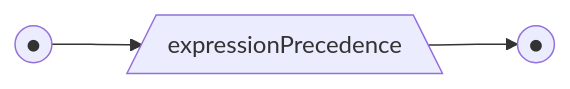
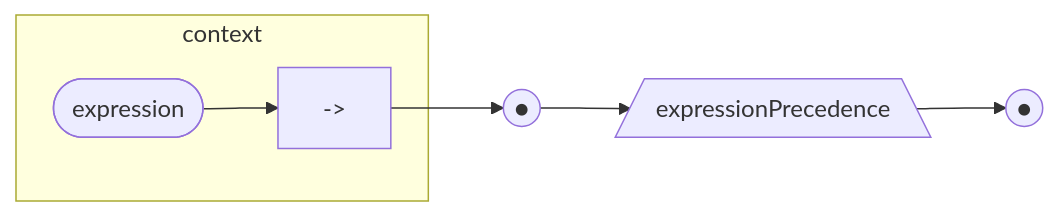
Diagram 39 of 59 in docs/railroad.md (billhails/CEKF), drawn with Mermaid before and after one commit. The commit also changed other lines of this file and 4 other files, not shown here.

````diff
--- a/docs/railroad.md
+++ b/docs/railroad.md
@@ -594,6 +596,9 @@
 ```mermaid
 flowchart LR
 s(("●"))
 e(("●"))
-s --> ep[/expressionPrecedence\] --> e
+subgraph context
+    lhs([expression]) --> arrow["->"]
+end
+arrow --> s --> ep[/expressionPrecedence\] --> e
 ```
````
